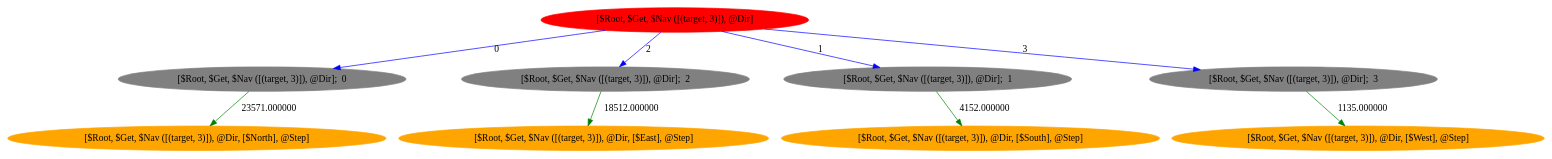
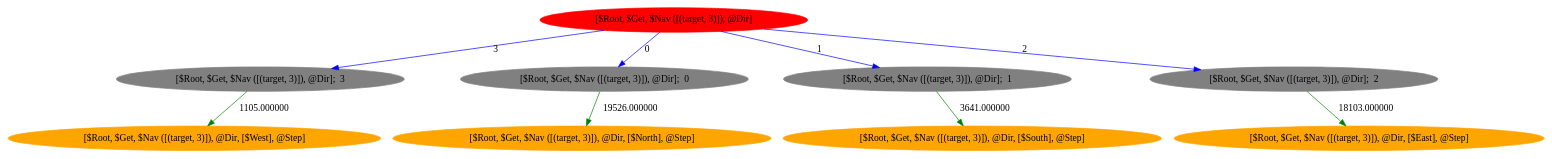
One commit to aijunbai/taxi changed the diagram in data/hierarchicalfsm-int_(3, 0, 0, 0)_transitions.dot. Above: the diagram before and after it, drawn with Graphviz. The commit also changed 38 other files, not shown here.

```diff
--- a/data/hierarchicalfsm-int_(3, 0, 0, 0)_transitions.dot
+++ b/data/hierarchicalfsm-int_(3, 0, 0, 0)_transitions.dot
@@ -1,21 +1,21 @@
 Digraph "" {
 ratio=fill
 node [style=filled];
 	1 [label="[$Root, $Get, $Nav ([(target, 3)]), @Dir]"][color="red"];
-	2 [label="[$Root, $Get, $Nav ([(target, 3)]), @Dir];  0"][color="gray"];
-	3 [label="[$Root, $Get, $Nav ([(target, 3)]), @Dir, [$North], @Step]"][color="orange"];
-	4 [label="[$Root, $Get, $Nav ([(target, 3)]), @Dir];  2"][color="gray"];
-	5 [label="[$Root, $Get, $Nav ([(target, 3)]), @Dir, [$East], @Step]"][color="orange"];
+	2 [label="[$Root, $Get, $Nav ([(target, 3)]), @Dir];  3"][color="gray"];
+	3 [label="[$Root, $Get, $Nav ([(target, 3)]), @Dir, [$West], @Step]"][color="orange"];
+	4 [label="[$Root, $Get, $Nav ([(target, 3)]), @Dir];  0"][color="gray"];
+	5 [label="[$Root, $Get, $Nav ([(target, 3)]), @Dir, [$North], @Step]"][color="orange"];
 	6 [label="[$Root, $Get, $Nav ([(target, 3)]), @Dir];  1"][color="gray"];
 	7 [label="[$Root, $Get, $Nav ([(target, 3)]), @Dir, [$South], @Step]"][color="orange"];
-	8 [label="[$Root, $Get, $Nav ([(target, 3)]), @Dir];  3"][color="gray"];
-	9 [label="[$Root, $Get, $Nav ([(target, 3)]), @Dir, [$West], @Step]"][color="orange"];
-	1 -> 8 [color="blue"][label="3"];
+	8 [label="[$Root, $Get, $Nav ([(target, 3)]), @Dir];  2"][color="gray"];
+	9 [label="[$Root, $Get, $Nav ([(target, 3)]), @Dir, [$East], @Step]"][color="orange"];
+	1 -> 8 [color="blue"][label="2"];
 	1 -> 6 [color="blue"][label="1"];
-	1 -> 4 [color="blue"][label="2"];
-	1 -> 2 [color="blue"][label="0"];
-	2 -> 3 [color="green"][label="23571.000000"];
-	4 -> 5 [color="green"][label="18512.000000"];
-	6 -> 7 [color="green"][label="4152.000000"];
-	8 -> 9 [color="green"][label="1135.000000"];
+	1 -> 4 [color="blue"][label="0"];
+	1 -> 2 [color="blue"][label="3"];
+	2 -> 3 [color="green"][label="1105.000000"];
+	4 -> 5 [color="green"][label="19526.000000"];
+	6 -> 7 [color="green"][label="3641.000000"];
+	8 -> 9 [color="green"][label="18103.000000"];
 }
```
